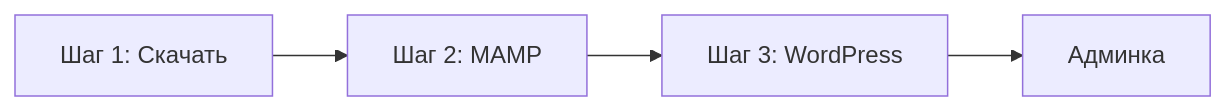
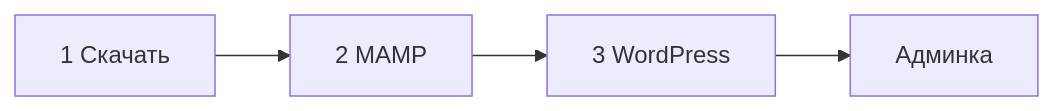
The diagram in docs/local/README.md (aleksandr-mazhul/mamp-wordpress-guide), drawn with Mermaid before and after one commit. The commit also changed other lines of this file and 16 other files, not shown here.

````diff
--- a/docs/local/README.md
+++ b/docs/local/README.md
@@ -5,6 +7,6 @@
 ```mermaid
 flowchart LR
-    A[Шаг 1: Скачать] --> B[Шаг 2: MAMP]
-    B --> C[Шаг 3: WordPress]
+    A[1 Скачать] --> B[2 MAMP]
+    B --> C[3 WordPress]
     C --> D[Админка]
 ```
````
